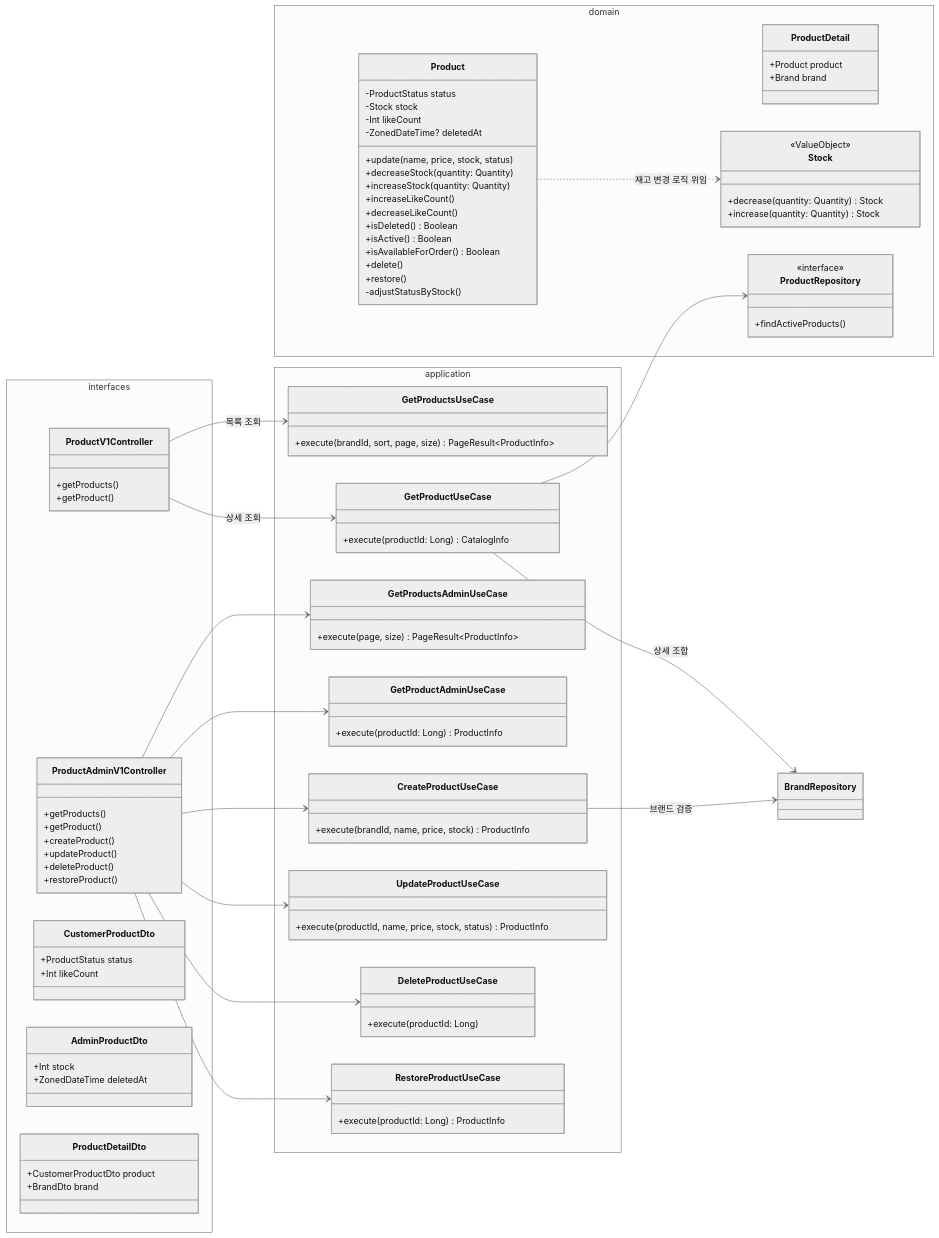
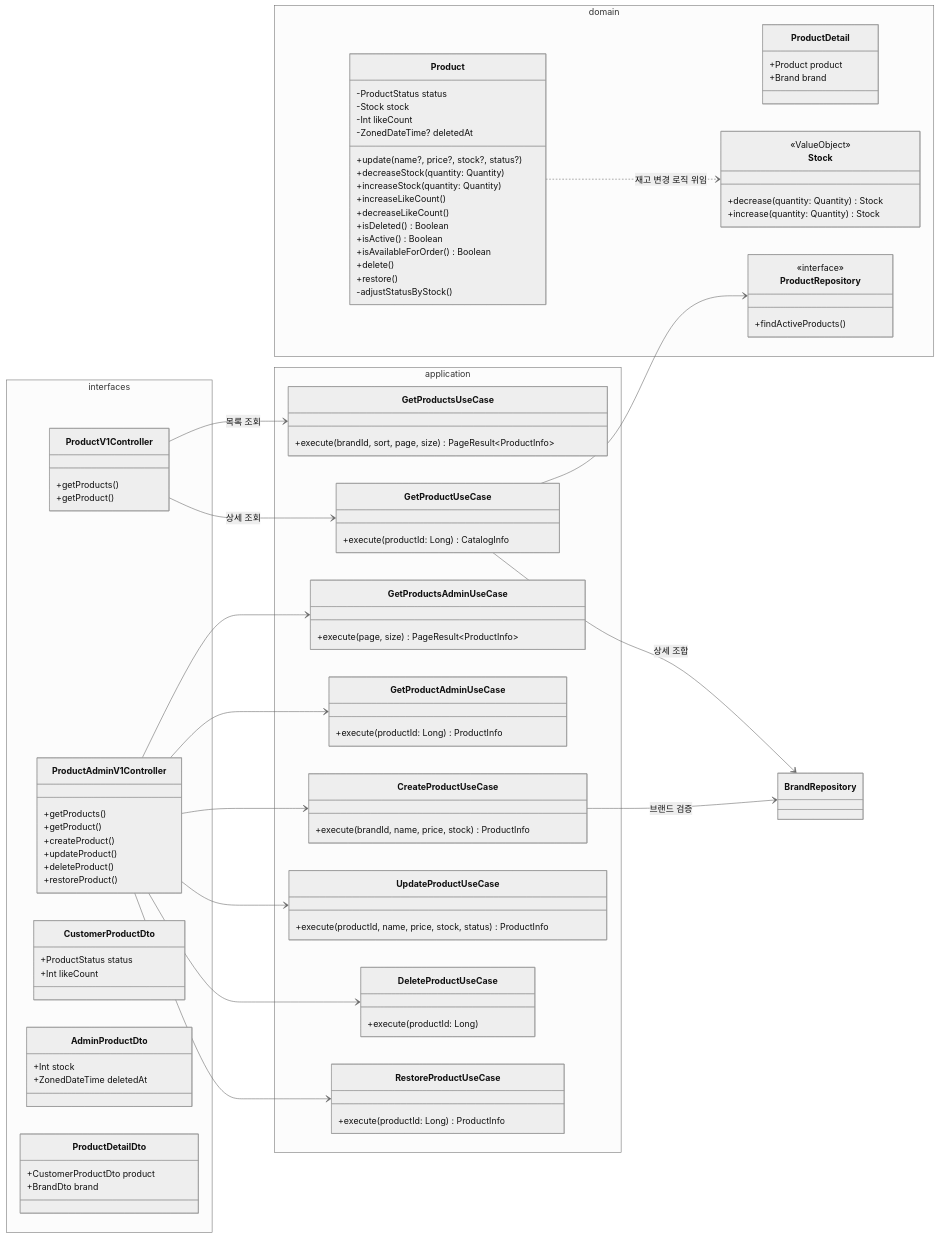
One commit to Loopers-dev-lab/loop-pack-be-l2-vol3-kotlin changed the third of 8 diagrams in docs/design/03-class-diagram.md. Above: the diagram before and after it, drawn with Mermaid (neutral theme). The commit also changed other lines of this file and 5 other files, not shown here.

```diff
--- a/docs/design/03-class-diagram.md
+++ b/docs/design/03-class-diagram.md
@@ -299,7 +299,7 @@
             -Stock stock
             -Int likeCount
             -ZonedDateTime? deletedAt
-            +update(name, price, stock, status)
+            +update(name?, price?, stock?, status?)
             +decreaseStock(quantity: Quantity)
             +increaseStock(quantity: Quantity)
             +increaseLikeCount()
```
